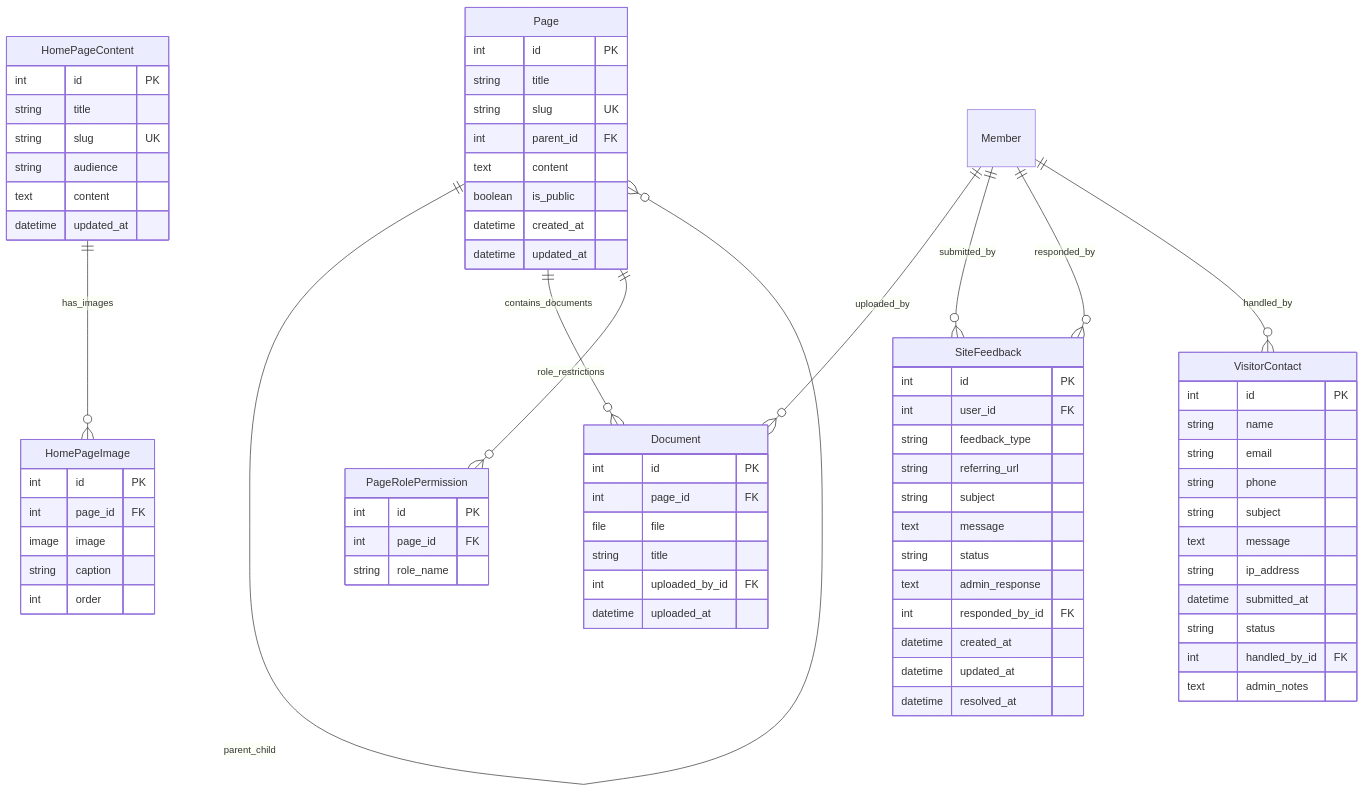
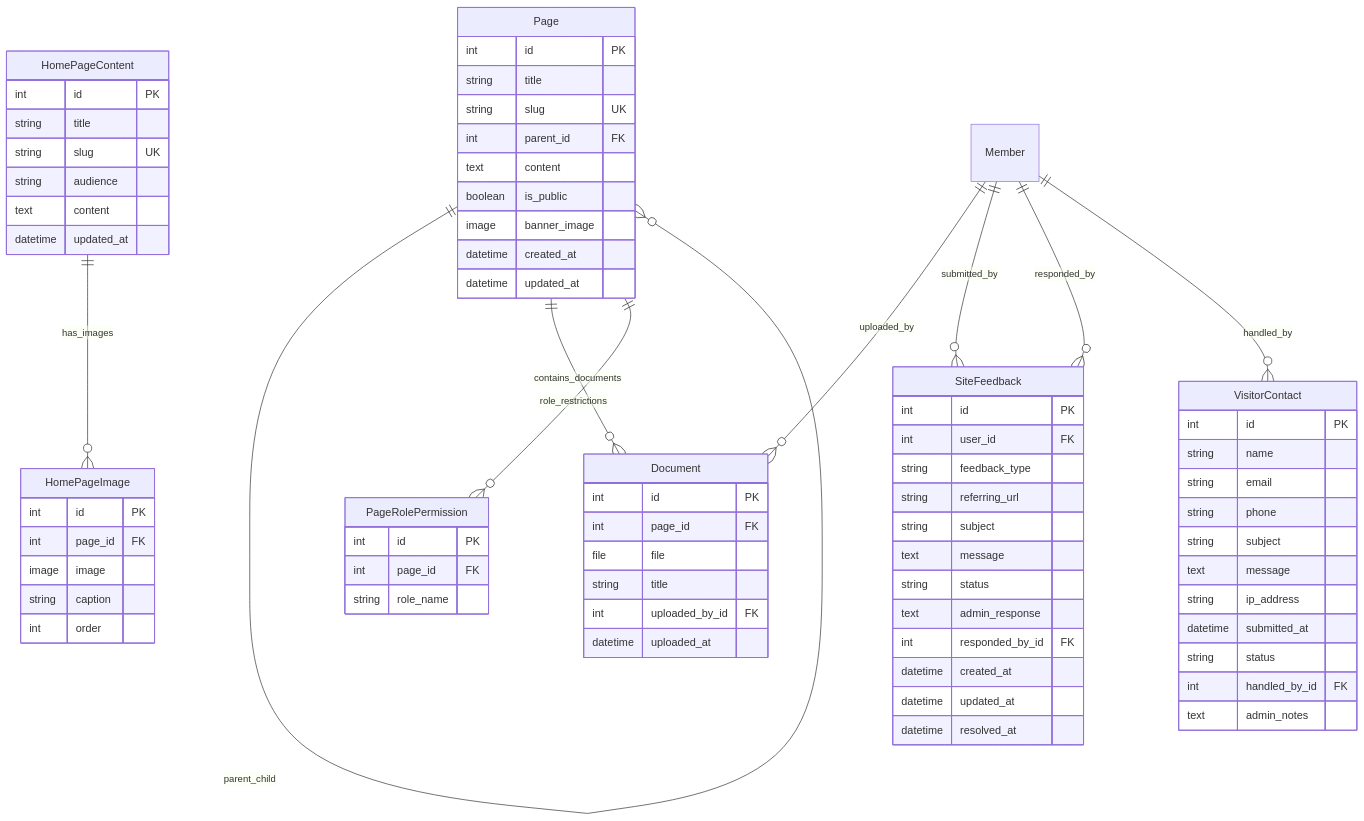
One commit to pietbarber/Manage2Soar changed the diagram in cms/docs/models.md. Above: the diagram before and after it, drawn with Mermaid. The commit also changed other lines of this file and 2 other files, not shown here.

Commit message:
Issue #547: Documentation and backdrop styling
- Update CMS Mermaid ERD with banner_image field
- Add banner image feature to Page model documentation
- Create resolved-issues doc for issue #547
- Enhance off-canvas backdrop styling (60% opacity, smooth transitions)
- Add off-canvas header styling (darker background, border, hover states)

```diff
--- a/cms/docs/models.md
+++ b/cms/docs/models.md
@@ -13,6 +13,7 @@
         int parent_id FK
         text content
         boolean is_public
+        image banner_image
         datetime created_at
         datetime updated_at
     }
```
